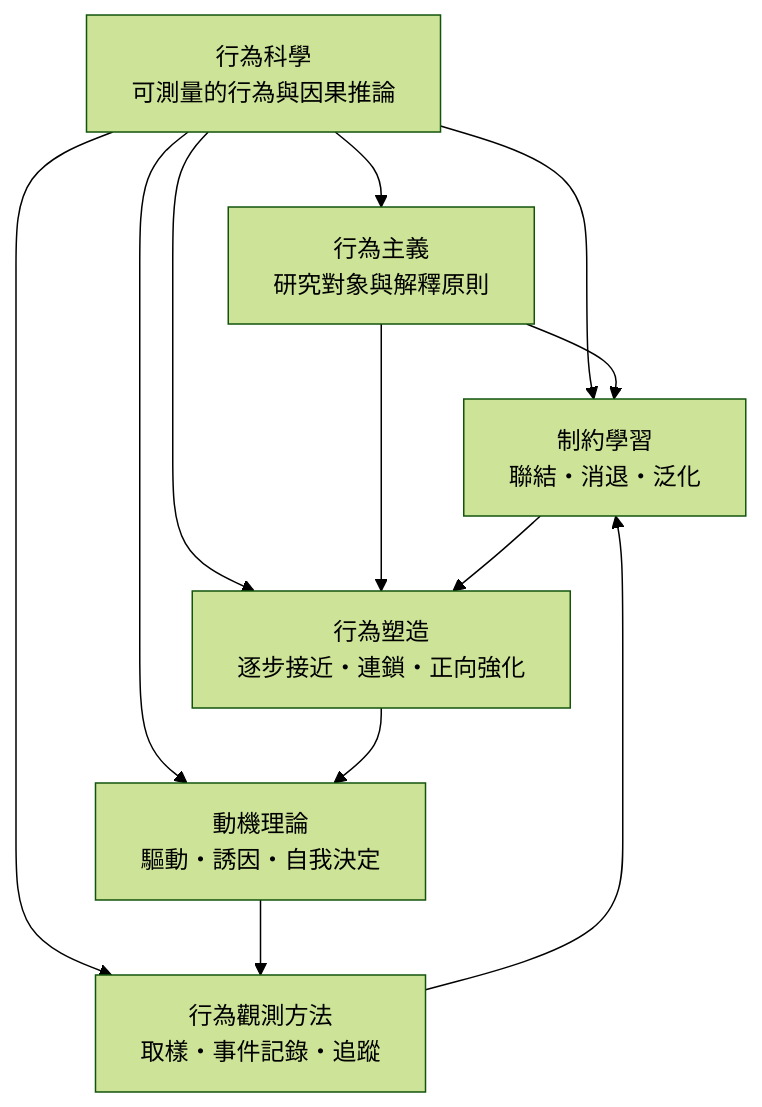
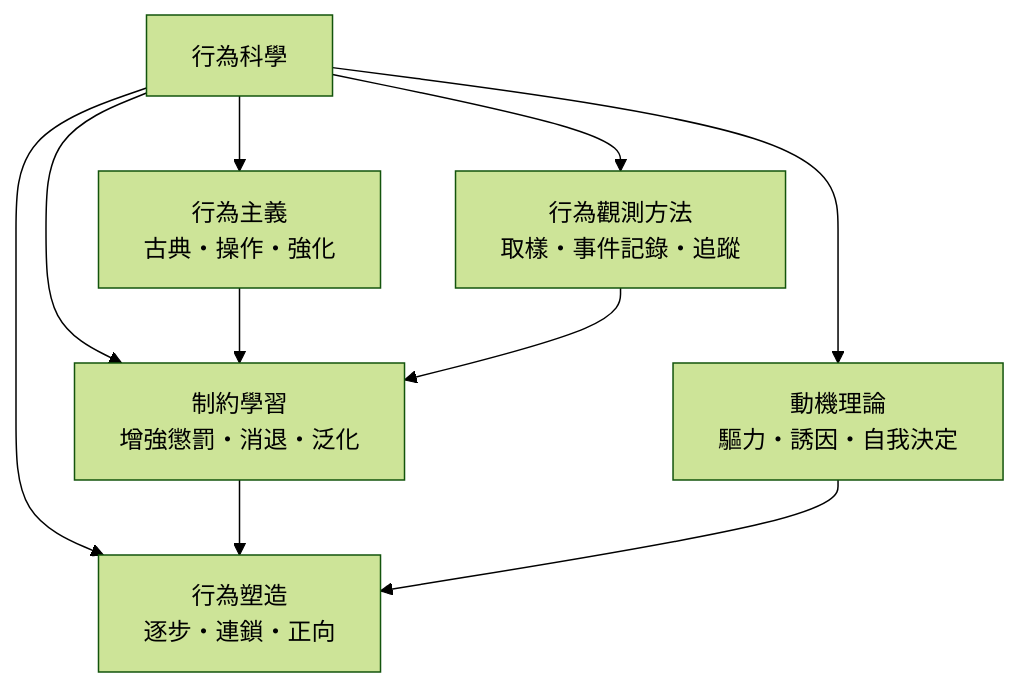
Before and after one commit to cccbook/markpedia: the diagram in site/行為科學/行為科學.md, drawn with Mermaid (forest theme). The commit also changed other lines of this file and 81 other files, not shown here.

````diff
--- a/site/行為科學/行為科學.md
+++ b/site/行為科學/行為科學.md
@@ -57,14 +35,12 @@
 ```mermaid
-    graph TD
-    A["行為科學<br/>可測量的行為與因果推論"] --> B["行為主義<br/>研究對象與解釋原則"]
-    A --> C["制約學習<br/>聯結・消退・泛化"]
-    A --> D["行為塑造<br/>逐步接近・連鎖・正向強化"]
-    A --> E["動機理論<br/>驅動・誘因・自我決定"]
+graph TD
+    A["行為科學"] --> B["行為主義<br/>古典・操作・強化"]
+    A --> C["行為塑造<br/>逐步・連鎖・正向"]
+    A --> D["制約學習<br/>增強懲罰・消退・泛化"]
+    A --> E["動機理論<br/>驅力・誘因・自我決定"]
     A --> F["行為觀測方法<br/>取樣・事件記錄・追蹤"]
-    B --> C
     B --> D
-    C --> D
-    D --> E
-    E --> F
-    F --> C
+    D --> C
+    E --> C
+    F --> D
 ```
````
